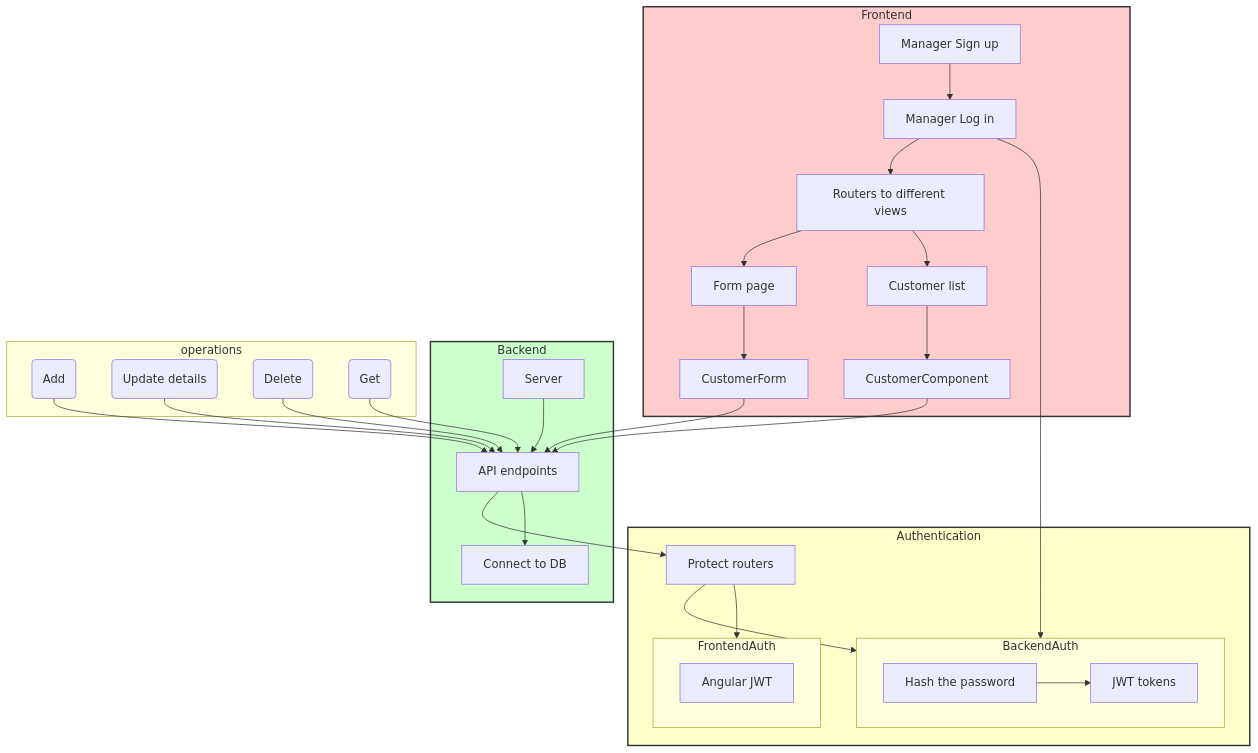
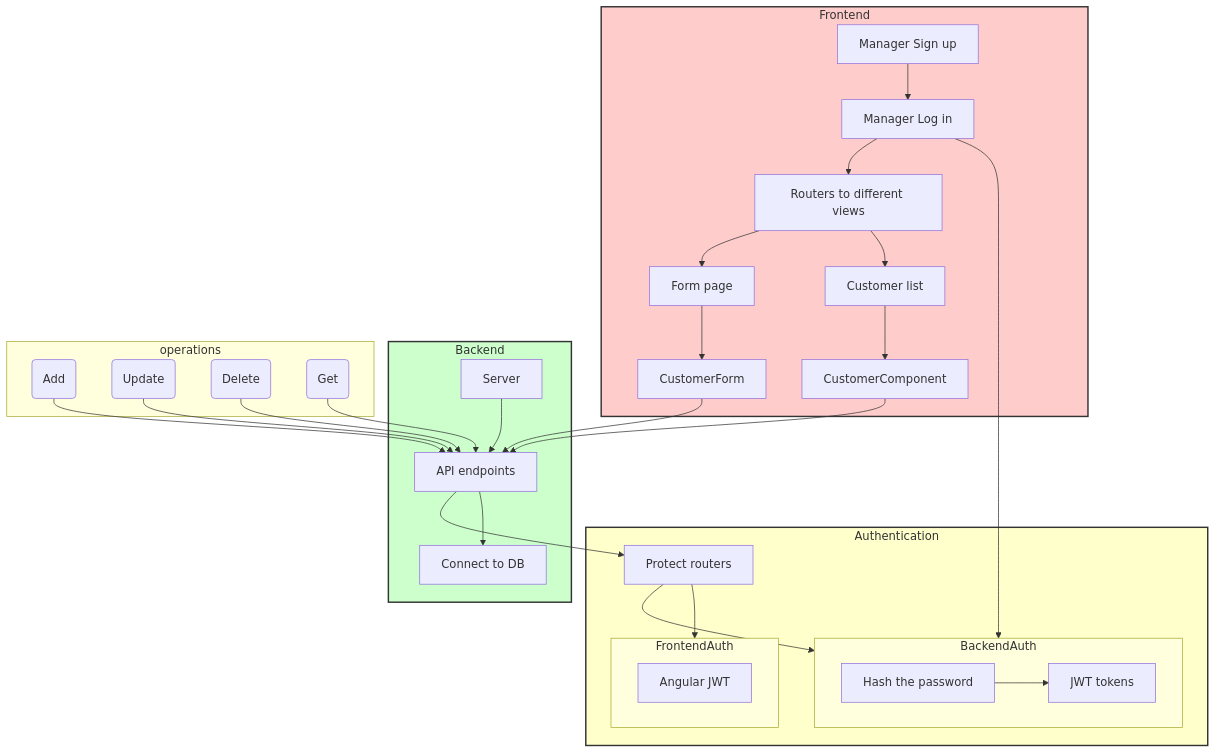
Before and after one commit to fatmaboodai/Back-office-app: the diagram in README.md, drawn with Mermaid.

````diff
--- a/README.md
+++ b/README.md
@@ -2,65 +2,65 @@
 ```mermaid
 graph TD;
     subgraph Frontend
         SignUp[Manager Sign up]
         SignUp --> LogIn
         LogIn[Manager Log in]
         Routers[Routers to different views]
         FormPage[Form page]
         CustomerList[Customer list]
         CustomerList --> CustomerComponent
         FormPage --> CustomerForm
     end
     subgraph Backend
         Server[Server]
         API[API endpoints]
         ConnectDB[Connect to DB]
     end
     subgraph operations
         AddCustomer(Add)
-        UpdateCustomer(Update details)
+        UpdateCustomer(Update)
         DeleteCustomer(Delete)
         GetCustomer(Get)
     end
     subgraph Authentication
         subgraph BackendAuth
             HashPassword[Hash the password]
             JWT[JWT tokens]
             HashPassword --> JWT
         end
         subgraph FrontendAuth
             AngularJWT[Angular JWT]
         end
         ProtectRouters[Protect routers]
         LogIn --> BackendAuth
         API --> ProtectRouters
     end
     
     LogIn --> Routers
     Routers --> FormPage
     Routers --> CustomerList
    
    
     CustomerComponent --> API
     API --> ConnectDB
     Server --> API
     AddCustomer --> API
     CustomerForm--> API
     UpdateCustomer --> API
     DeleteCustomer --> API
     GetCustomer-->API
     ProtectRouters --> BackendAuth
     ProtectRouters --> FrontendAuth
 
     classDef frontendClass fill:#FFCCCC,stroke:#333,stroke-width:2px;
     classDef backendClass fill:#CCFFCC,stroke:#333,stroke-width:2px;
     classDef servicesClass fill:#CCCCFF,stroke:#333,stroke-width:2px;
     classDef authClass fill:#FFFFCC,stroke:#333,stroke-width:2px;
 
     class Frontend frontendClass;
     class Backend backendClass;
     class Services servicesClass;
     class Authentication authClass;
 
 
 ```
````
